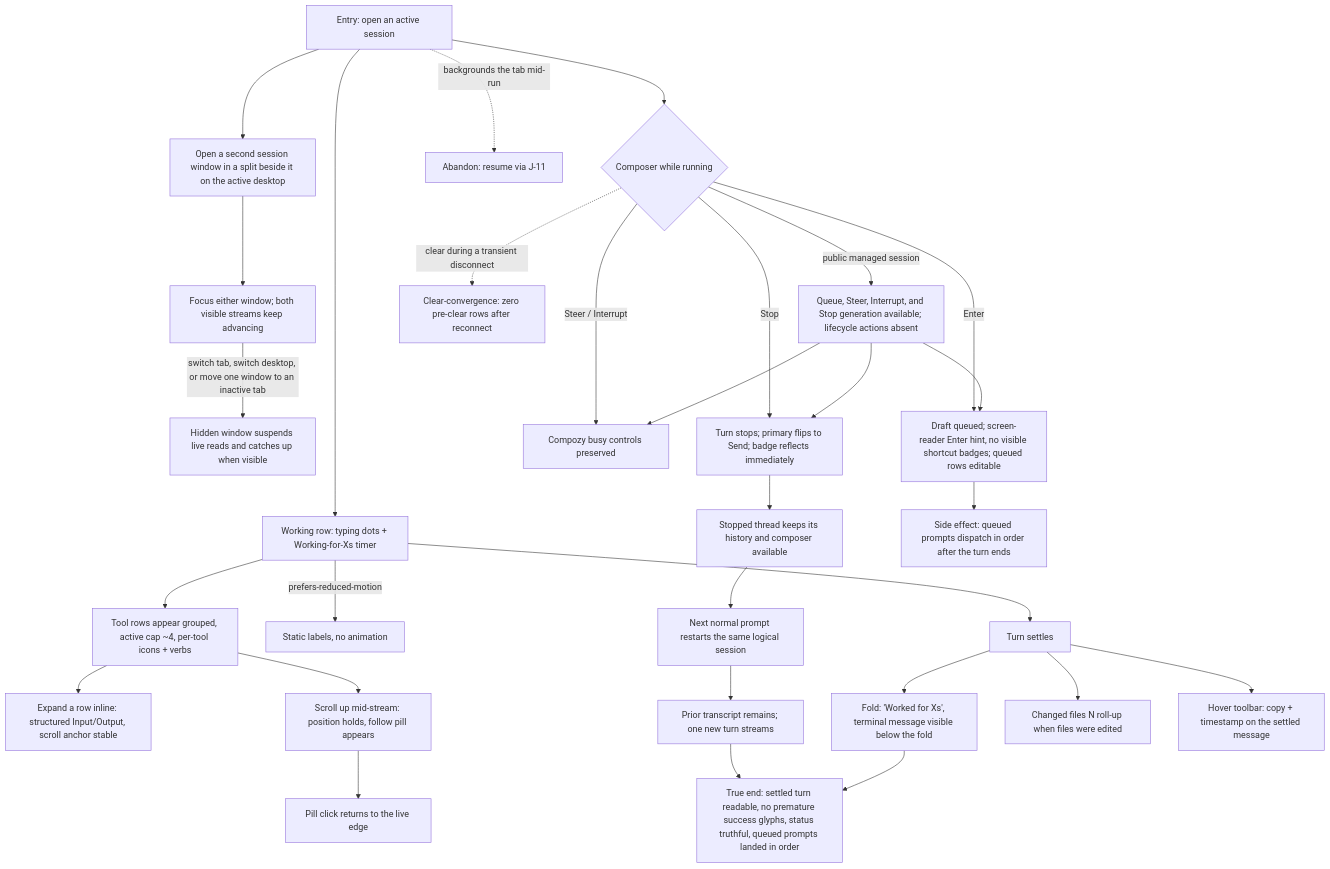
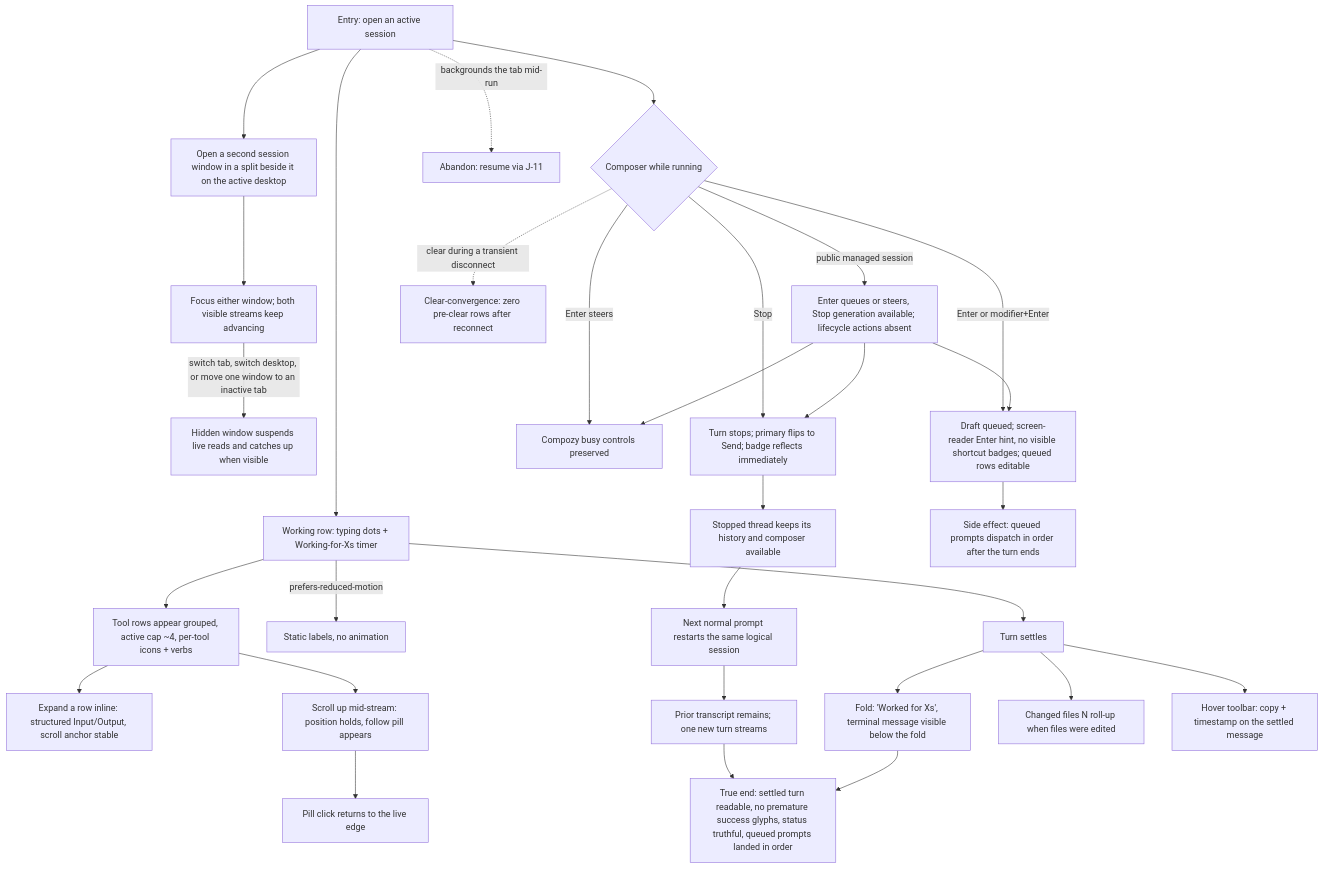
One commit to compozy/compozy changed the diagram in docs/qa/journeys/J-13-follow-a-live-run.md. Above: the diagram before and after it, drawn with Mermaid. The commit also changed other lines of this file and 327 other files, not shown here.

````diff
--- a/docs/qa/journeys/J-13-follow-a-live-run.md
+++ b/docs/qa/journeys/J-13-follow-a-live-run.md
@@ -5,32 +5,32 @@
 ```mermaid
 flowchart TD
     E[Entry: open an active session] --> W[Working row: typing dots + Working-for-Xs timer]
     E --> VW[Open a second session window in a split beside it on the active desktop]
     VW --> VF[Focus either window; both visible streams keep advancing]
     VF -->|switch tab, switch desktop, or move one window to an inactive tab| VD[Hidden window suspends live reads and catches up when visible]
     W --> TR[Tool rows appear grouped, active cap ~4, per-tool icons + verbs]
     TR --> EX[Expand a row inline: structured Input/Output, scroll anchor stable]
     TR --> SCRL[Scroll up mid-stream: position holds, follow pill appears]
     SCRL --> PILL[Pill click returns to the live edge]
     W -->|prefers-reduced-motion| RM[Static labels, no animation]
     E --> C{Composer while running}
-    C -->|public managed session| MC[Queue, Steer, Interrupt, and Stop generation available; lifecycle actions absent]
+    C -->|public managed session| MC[Enter queues or steers, Stop generation available; lifecycle actions absent]
     MC --> Q
     MC --> SI
     MC --> STP
-    C -->|Enter| Q[Draft queued; screen-reader Enter hint, no visible shortcut badges; queued rows editable]
+    C -->|Enter or modifier+Enter| Q[Draft queued; screen-reader Enter hint, no visible shortcut badges; queued rows editable]
     C -->|Stop| STP[Turn stops; primary flips to Send; badge reflects immediately]
     STP --> READY[Stopped thread keeps its history and composer available]
     READY --> RESTART[Next normal prompt restarts the same logical session]
     RESTART --> SAME[Prior transcript remains; one new turn streams]
-    C -->|Steer / Interrupt| SI[Compozy busy controls preserved]
+    C -->|Enter steers| SI[Compozy busy controls preserved]
     Q --> DQ[Side effect: queued prompts dispatch in order after the turn ends]
     W --> SET[Turn settles]
     SET --> F[Fold: 'Worked for Xs', terminal message visible below the fold]
     SET --> CF[Changed files N roll-up when files were edited]
     SET --> HT[Hover toolbar: copy + timestamp on the settled message]
     C -.->|clear during a transient disconnect| CLR[Clear-convergence: zero pre-clear rows after reconnect]
     E -.->|backgrounds the tab mid-run| AB[Abandon: resume via J-11]
     F --> TE[True end: settled turn readable, no premature success glyphs, status truthful, queued prompts landed in order]
     SAME --> TE
 ```
````
